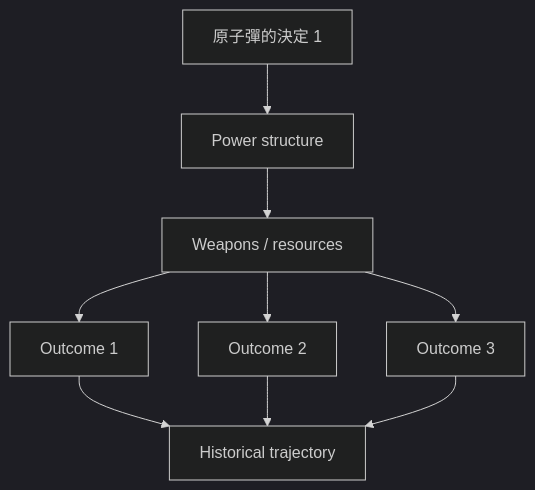
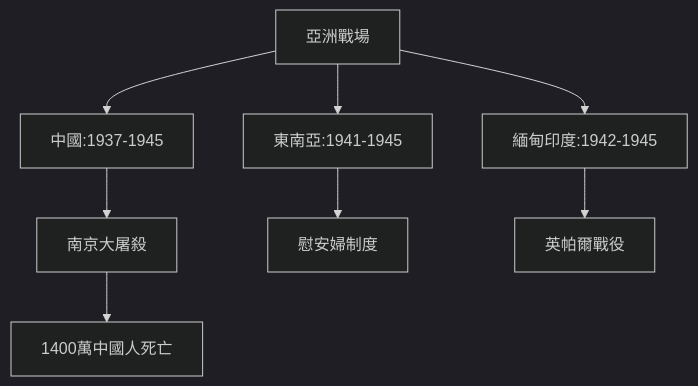
The third of 10 diagrams in 02_Harvard_Courses/Fall_Courses/Hist1942_The_Second_World_War.md (yip-lgtm/HKU-Harvard-History-Self-Study), drawn with Mermaid (dark theme) before and after one commit. The commit also changed other lines of this file and 65 other files, not shown here.

````diff
--- a/02_Harvard_Courses/Fall_Courses/Hist1942_The_Second_World_War.md
+++ b/02_Harvard_Courses/Fall_Courses/Hist1942_The_Second_World_War.md
@@ -189,11 +176,10 @@
 ```mermaid
 graph TD
-    A[原子彈的決定 1] --> B[Power structure]
-    B --> C[Weapons / resources]
-    C --> D[Outcome 1]
-    C --> E[Outcome 2]
-    C --> F[Outcome 3]
-    D --> G[Historical trajectory]
-    E --> G
-    F --> G
+    A[亞洲戰場] --> B[中國:1937-1945]
+    A --> C[東南亞:1941-1945]
+    A --> D[緬甸印度:1942-1945]
+    B --> E[南京大屠殺]
+    C --> F[慰安婦制度]
+    D --> G[英帕爾戰役]
+    E --> H[1400萬中國人死亡]
 ```
````
